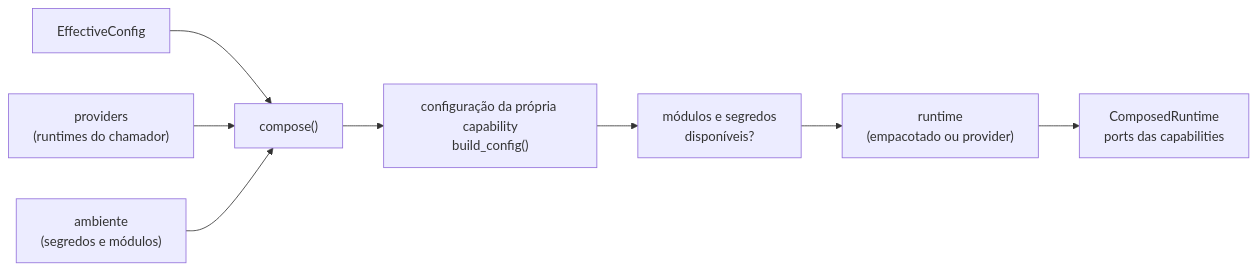
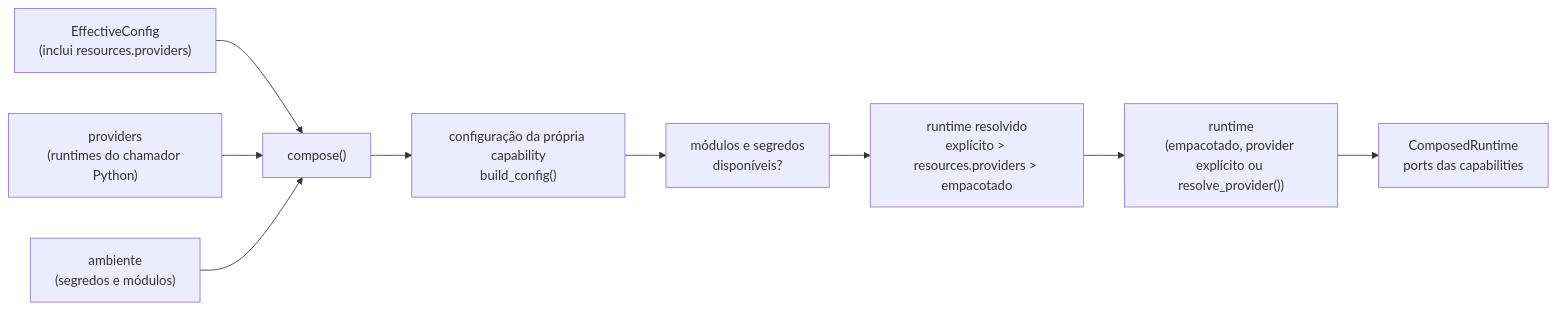
Before and after one commit to Alexandre-Tortoza/contextmap2: the diagram in src/contextmap/runtime/docs/composition.md, drawn with Mermaid. The commit also changed other lines of this file and 17 other files, not shown here.

````diff
--- a/src/contextmap/runtime/docs/composition.md
+++ b/src/contextmap/runtime/docs/composition.md
@@ -5,10 +5,11 @@
 ```mermaid
 flowchart LR
-    EFF["EffectiveConfig"] --> C["compose()"]
-    PROV["providers<br/>(runtimes do chamador)"] --> C
+    EFF["EffectiveConfig<br/>(inclui resources.providers)"] --> C["compose()"]
+    PROV["providers<br/>(runtimes do chamador Python)"] --> C
     ENV["ambiente<br/>(segredos e módulos)"] --> C
     C --> CFG["configuração da própria capability<br/>build_config()"]
     CFG --> AV["módulos e segredos<br/>disponíveis?"]
-    AV --> RT["runtime<br/>(empacotado ou provider)"]
+    AV --> RES["runtime resolvido<br/>explícito > resources.providers > empacotado"]
+    RES --> RT["runtime<br/>(empacotado, provider explícito ou resolve_provider())"]
     RT --> OUT["ComposedRuntime<br/>ports das capabilities"]
 ```
````
